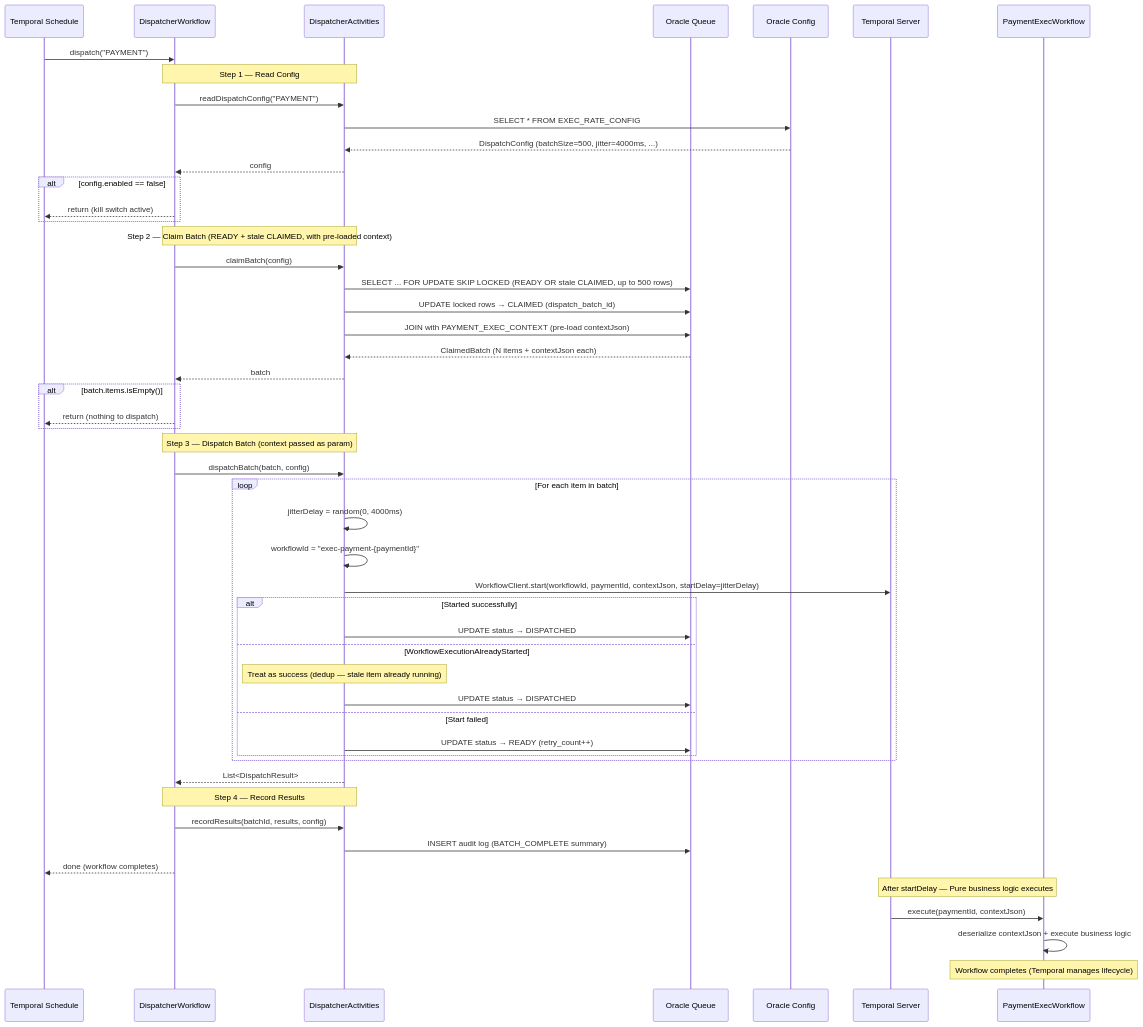
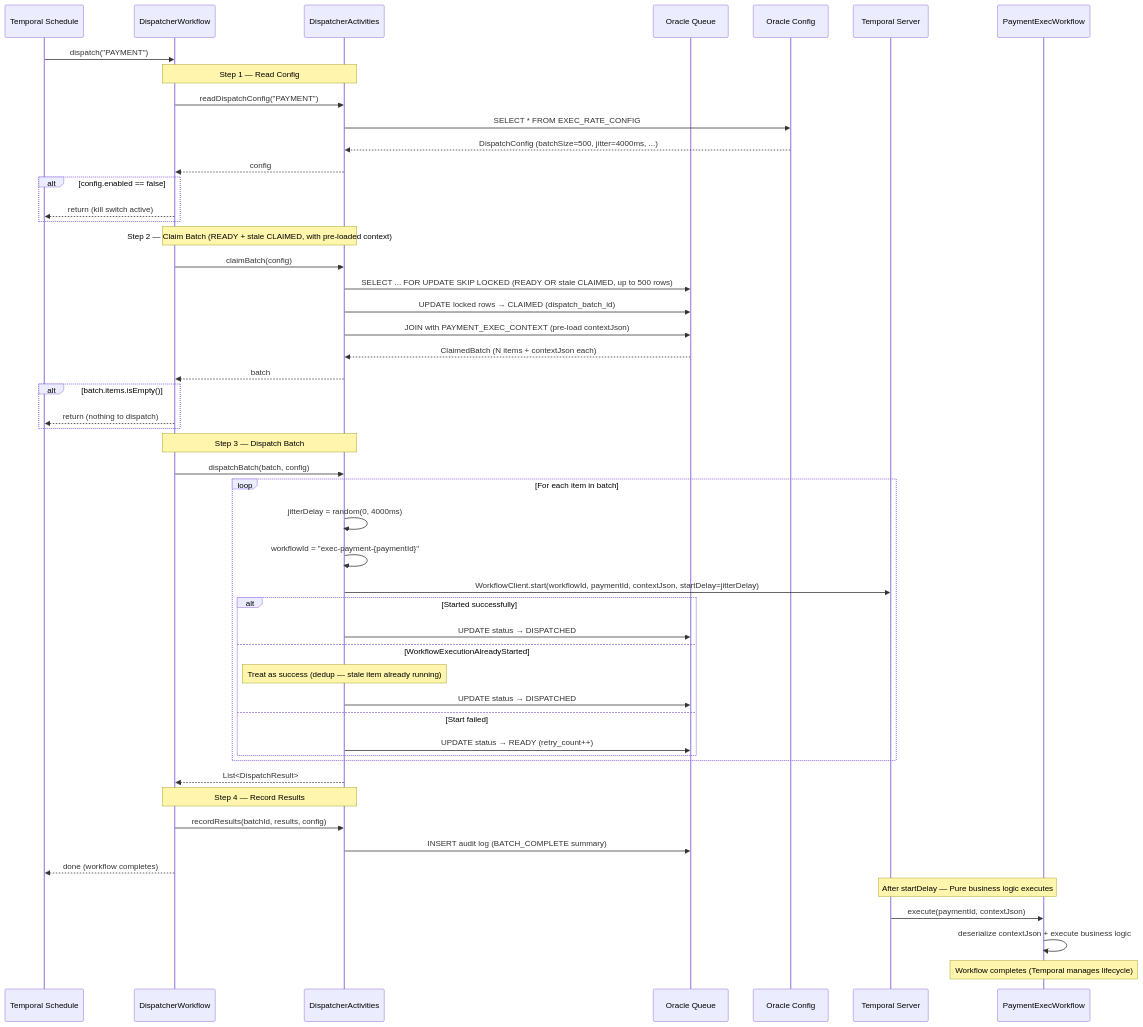
The third of 5 diagrams in README.md (arunav-bhattacharya/payments-dispatcher), drawn with Mermaid before and after one commit. The commit also changed other lines of this file, not shown here.

Commit message:
Enhance README documentation for payment workflow architecture, clarifying phases, context handling, and reliability guarantees

````diff
--- a/README.md
+++ b/README.md
@@ -154,62 +134,62 @@
 ```mermaid
 sequenceDiagram
     participant S as Temporal Schedule
     participant DW as DispatcherWorkflow
     participant DA as DispatcherActivities
     participant OQ as Oracle Queue
     participant OC as Oracle Config
     participant T as Temporal Server
     participant EW as PaymentExecWorkflow
 
     S->>DW: dispatch("PAYMENT")
 
     Note over DW,DA: Step 1 — Read Config
     DW->>DA: readDispatchConfig("PAYMENT")
     DA->>OC: SELECT * FROM EXEC_RATE_CONFIG
     OC-->>DA: DispatchConfig (batchSize=500, jitter=4000ms, ...)
     DA-->>DW: config
 
     alt config.enabled == false
         DW-->>S: return (kill switch active)
     end
 
     Note over DW,DA: Step 2 — Claim Batch (READY + stale CLAIMED, with pre-loaded context)
     DW->>DA: claimBatch(config)
     DA->>OQ: SELECT ... FOR UPDATE SKIP LOCKED (READY OR stale CLAIMED, up to 500 rows)
     DA->>OQ: UPDATE locked rows → CLAIMED (dispatch_batch_id)
     DA->>OQ: JOIN with PAYMENT_EXEC_CONTEXT (pre-load contextJson)
     OQ-->>DA: ClaimedBatch (N items + contextJson each)
     DA-->>DW: batch
 
     alt batch.items.isEmpty()
         DW-->>S: return (nothing to dispatch)
     end
 
-    Note over DW,DA: Step 3 — Dispatch Batch (context passed as param)
+    Note over DW,DA: Step 3 — Dispatch Batch
     DW->>DA: dispatchBatch(batch, config)
     loop For each item in batch
         DA->>DA: jitterDelay = random(0, 4000ms)
         DA->>DA: workflowId = "exec-payment-{paymentId}"
         DA->>T: WorkflowClient.start(workflowId, paymentId, contextJson, startDelay=jitterDelay)
         alt Started successfully
             DA->>OQ: UPDATE status → DISPATCHED
         else WorkflowExecutionAlreadyStarted
             Note over DA: Treat as success (dedup — stale item already running)
             DA->>OQ: UPDATE status → DISPATCHED
         else Start failed
             DA->>OQ: UPDATE status → READY (retry_count++)
         end
     end
     DA-->>DW: List<DispatchResult>
 
     Note over DW,DA: Step 4 — Record Results
     DW->>DA: recordResults(batchId, results, config)
     DA->>OQ: INSERT audit log (BATCH_COMPLETE summary)
 
     DW-->>S: done (workflow completes)
 
     Note over T,EW: After startDelay — Pure business logic executes
     T->>EW: execute(paymentId, contextJson)
     EW->>EW: deserialize contextJson + execute business logic
     Note over EW: Workflow completes (Temporal manages lifecycle)
 ```
````
